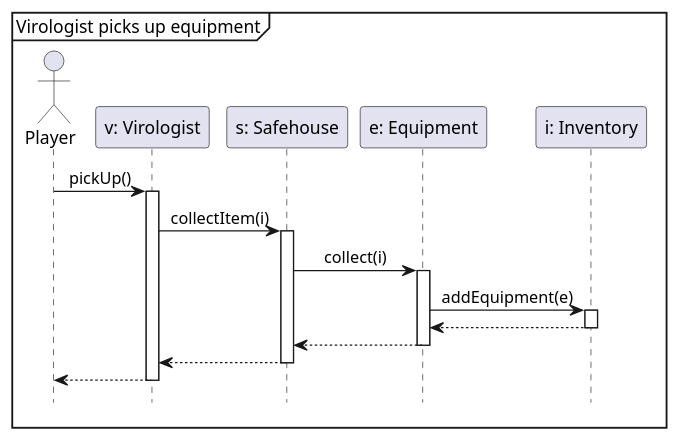
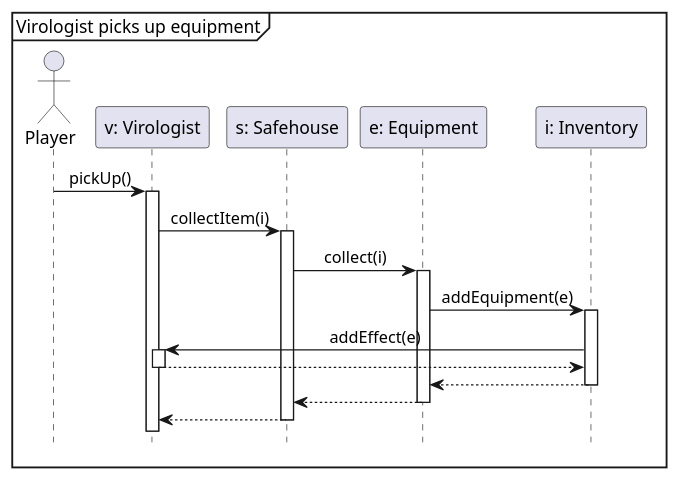
One commit to Tschonti/503-service-unavailable changed the diagram in docs/seqDiagrams/pickUpEquipment.puml. Above: the diagram before and after it, drawn with PlantUML. The commit also changed 2 other files, not shown here.

```diff
--- a/docs/seqDiagrams/pickUpEquipment.puml
+++ b/docs/seqDiagrams/pickUpEquipment.puml
@@ -1,24 +1,25 @@
 @startuml
 'https://plantuml.com/sequence-diagram
 
 hide footbox
 skinparam sequenceMessageAlign center
 
 mainframe Virologist picks up equipment
 
 actor Player as p
 participant "v: Virologist" as v
 participant "s: Safehouse" as s
 participant "e: Equipment" as e
 participant "i: Inventory" as i
 
 p -> v ++ : pickUp()
     v -> s ++ : collectItem(i)
         s -> e ++ : collect(i)
             e -> i ++ : addEquipment(e)
-            return
+                i -> v ++ : addEffect(e)
+                return
         return
     return
 return
 
 @enduml
```
